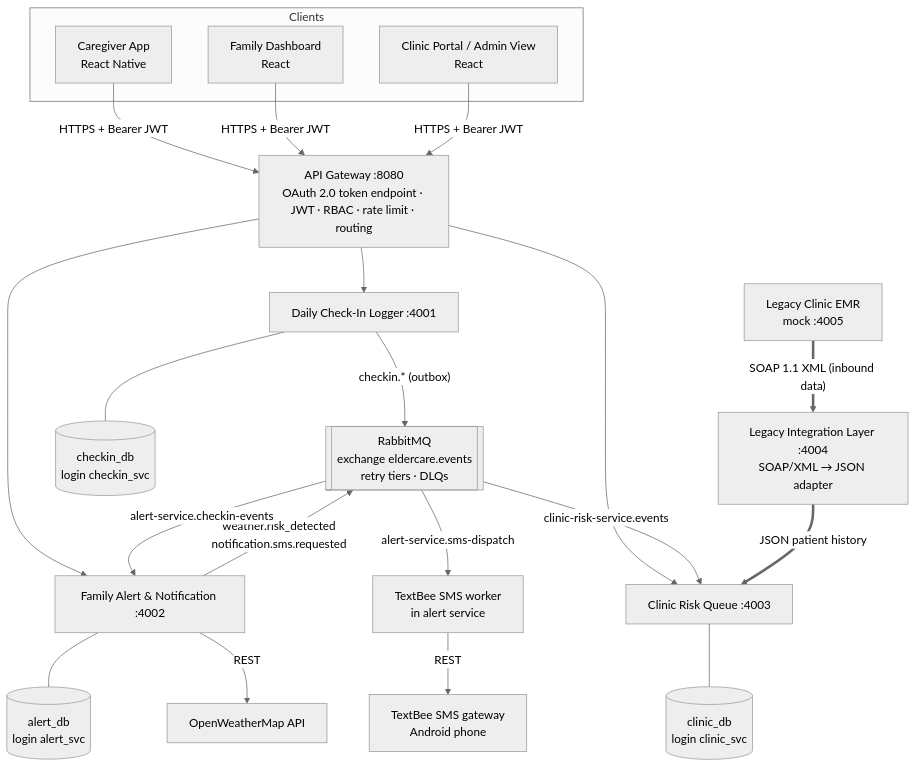
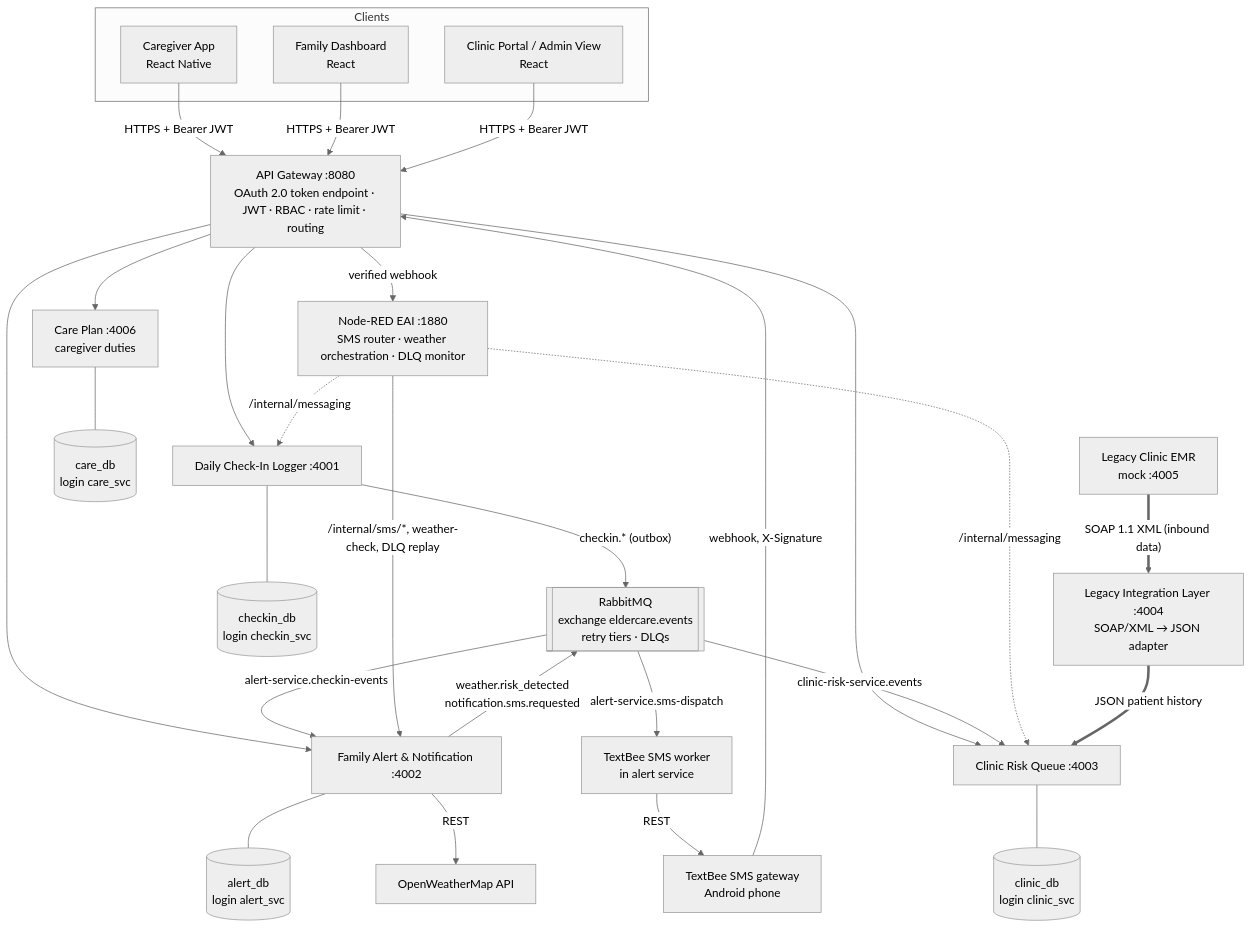
Before and after one commit to mkanguinto/SIA-ElderCare: the diagram in README.md, drawn with Mermaid (neutral theme). The commit also changed other lines of this file and 32 other files, not shown here.

First line of the commit message:
Batch 4: Care Plan Service for caregiver duties (#4)

````diff
--- a/README.md
+++ b/README.md
@@ -45,24 +46,30 @@
 ```mermaid
 flowchart TB
   subgraph Clients
     CA[Caregiver App<br/>React Native]
     FD[Family Dashboard<br/>React]
     CP[Clinic Portal / Admin View<br/>React]
   end
   CA & FD & CP -->|HTTPS + Bearer JWT| GW[API Gateway :8080<br/>OAuth 2.0 token endpoint · JWT · RBAC · rate limit · routing]
   GW --> CK[Daily Check-In Logger :4001]
   GW --> AL[Family Alert & Notification :4002]
   GW --> CL[Clinic Risk Queue :4003]
+  GW --> CPS[Care Plan :4006<br/>caregiver duties]
   CK -- "checkin.* (outbox)" --> MQ[[RabbitMQ<br/>exchange eldercare.events<br/>retry tiers · DLQs]]
   AL -- "weather.risk_detected<br/>notification.sms.requested" --> MQ
   MQ -- alert-service.checkin-events --> AL
   MQ -- alert-service.sms-dispatch --> SW[TextBee SMS worker<br/>in alert service]
   MQ -- clinic-risk-service.events --> CL
   CK --- CKDB[(checkin_db<br/>login checkin_svc)]
   AL --- ALDB[(alert_db<br/>login alert_svc)]
   CL --- CLDB[(clinic_db<br/>login clinic_svc)]
+  CPS --- CPDB[(care_db<br/>login care_svc)]
   AL -->|REST| OWM[OpenWeatherMap API]
   SW -->|REST| TB[TextBee SMS gateway<br/>Android phone]
+  TB -->|webhook, X-Signature| GW
+  GW -->|verified webhook| NR[Node-RED EAI :1880<br/>SMS router · weather orchestration · DLQ monitor]
+  NR -->|/internal/sms/*, weather-check, DLQ replay| AL
+  NR -.->|/internal/messaging| CK & CL
   EMR[Legacy Clinic EMR<br/>mock :4005] ==>|"SOAP 1.1 XML (inbound data)"| AD[Legacy Integration Layer :4004<br/>SOAP/XML → JSON adapter]
   AD ==>|"JSON patient history"| CL
 ```
````
